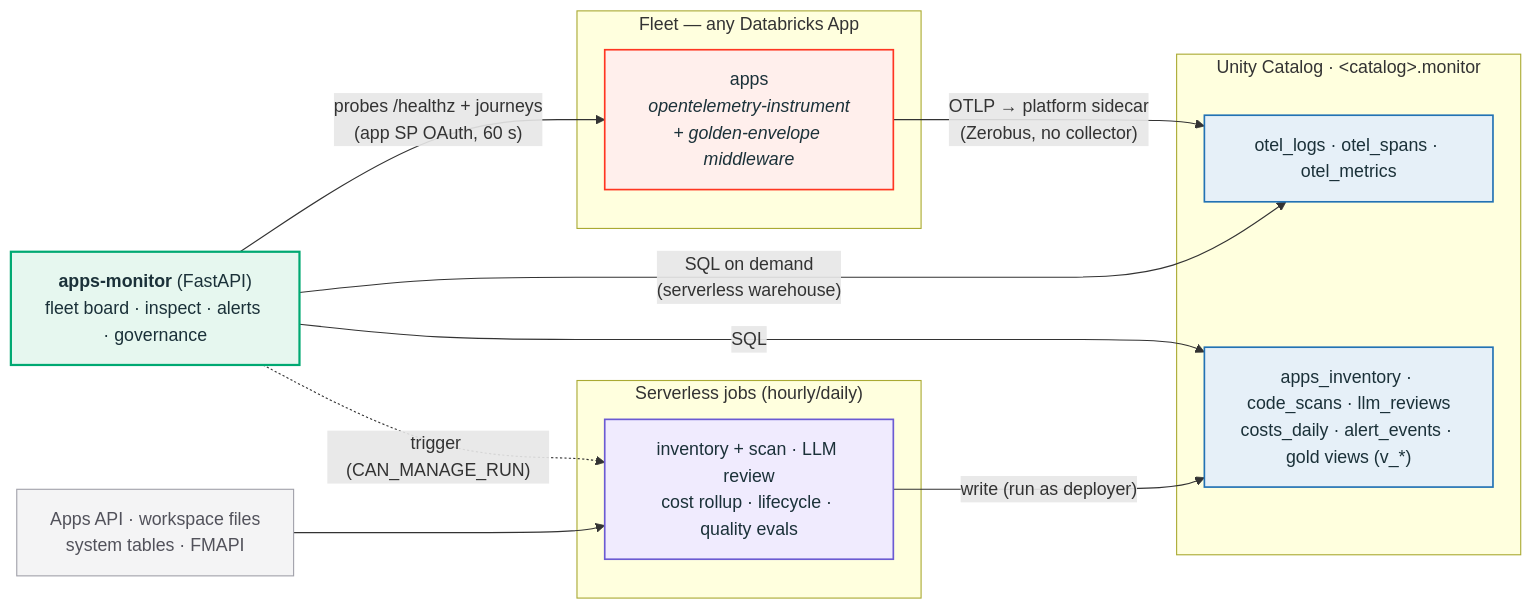
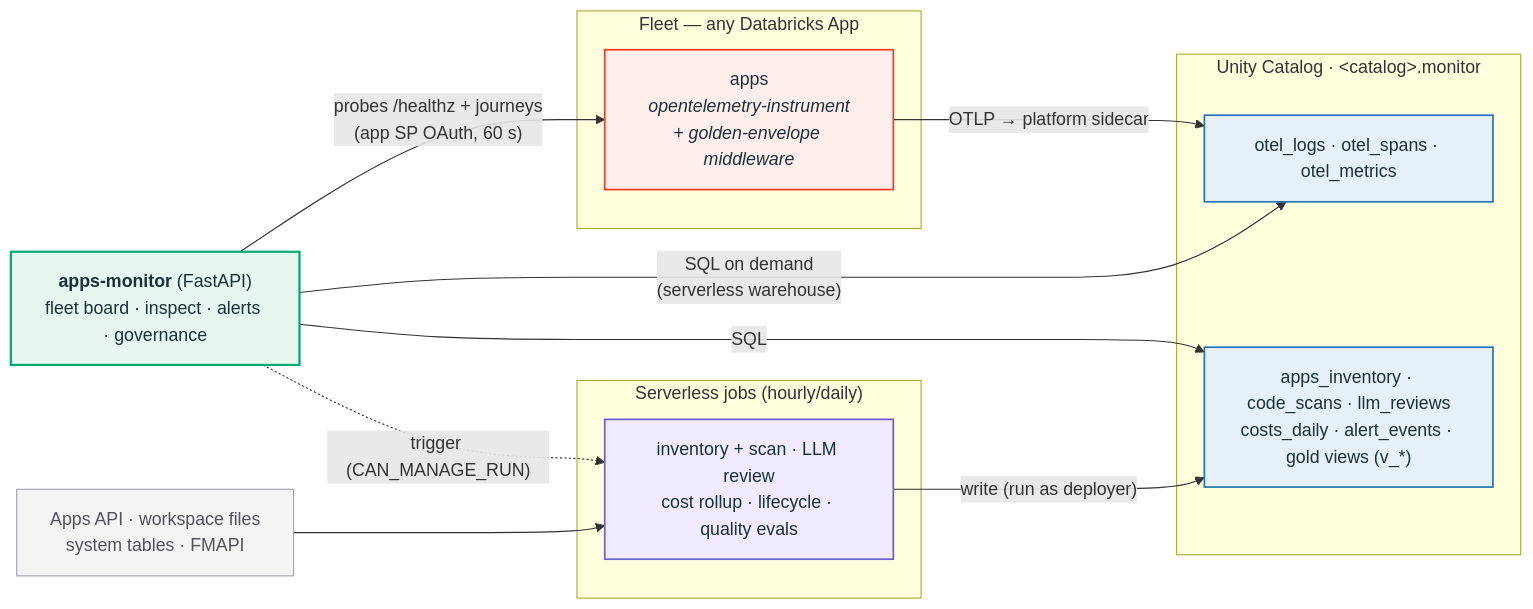
One commit to Paldom/databricks-apps-monitor changed the diagram in README.md. Above: the diagram before and after it, drawn with Mermaid. The commit also changed other lines of this file, not shown here.

````diff
--- a/README.md
+++ b/README.md
@@ -134,33 +127,33 @@
 ```mermaid
 flowchart LR
     classDef app fill:#FFEFEC,stroke:#FF3621,stroke-width:1.5px,color:#1B3139
     classDef uc fill:#E6F0F8,stroke:#2272B4,stroke-width:1.5px,color:#1B3139
     classDef job fill:#F0EBFE,stroke:#6B5BD2,stroke-width:1.5px,color:#1B3139
     classDef ext fill:#F4F4F5,stroke:#A1A1AA,color:#52525B
     classDef mon fill:#E6F7EF,stroke:#00A972,stroke-width:2px,color:#1B3139
 
     subgraph FLEET["Fleet — any Databricks App"]
         A["apps<br/><i>opentelemetry-instrument<br/>+ golden-envelope middleware</i>"]:::app
     end
 
     subgraph UC["Unity Catalog · &lt;catalog&gt;.monitor"]
         T["otel_logs · otel_spans · otel_metrics"]:::uc
         G["apps_inventory · code_scans · llm_reviews<br/>costs_daily · alert_events · gold views (v_*)"]:::uc
     end
 
     subgraph JOBS["Serverless jobs (hourly/daily)"]
         J["inventory + scan · LLM review<br/>cost rollup · lifecycle · quality evals"]:::job
     end
 
     M["<b>apps-monitor</b> (FastAPI)<br/>fleet board · inspect · alerts · governance"]:::mon
 
     SRC["Apps API · workspace files<br/>system tables · FMAPI"]:::ext
 
-    A -- "OTLP → platform sidecar<br/>(Zerobus, no collector)" --> T
+    A -- "OTLP → platform sidecar" --> T
     M -- "probes /healthz + journeys<br/>(app SP OAuth, 60 s)" --> A
     M -- "SQL on demand<br/>(serverless warehouse)" --> T
     M -- SQL --> G
     M -. "trigger (CAN_MANAGE_RUN)" .-> J
     J -- "write (run as deployer)" --> G
     SRC --> J
 ```
````
